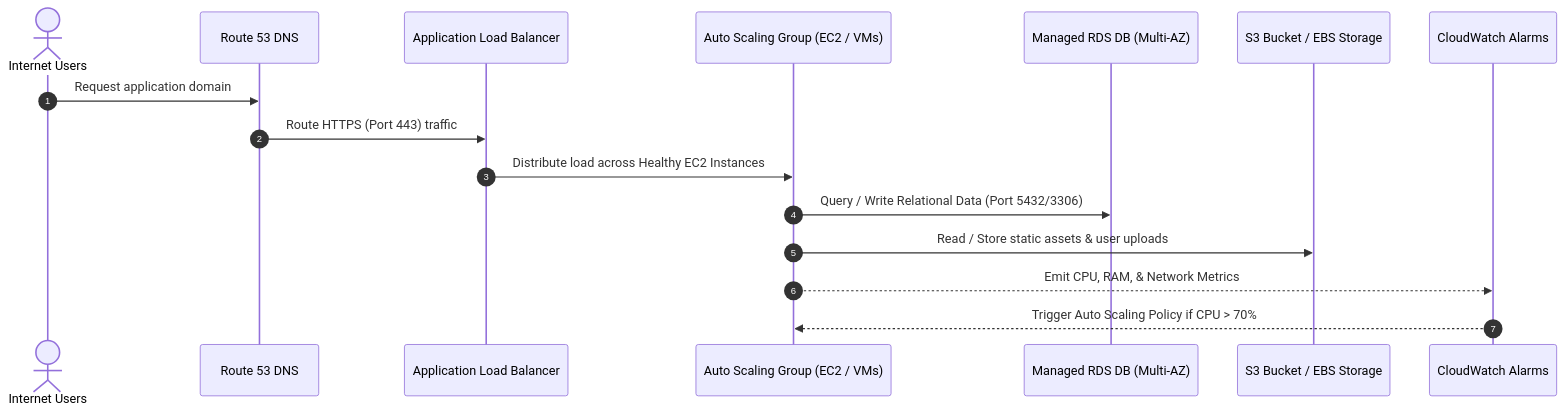
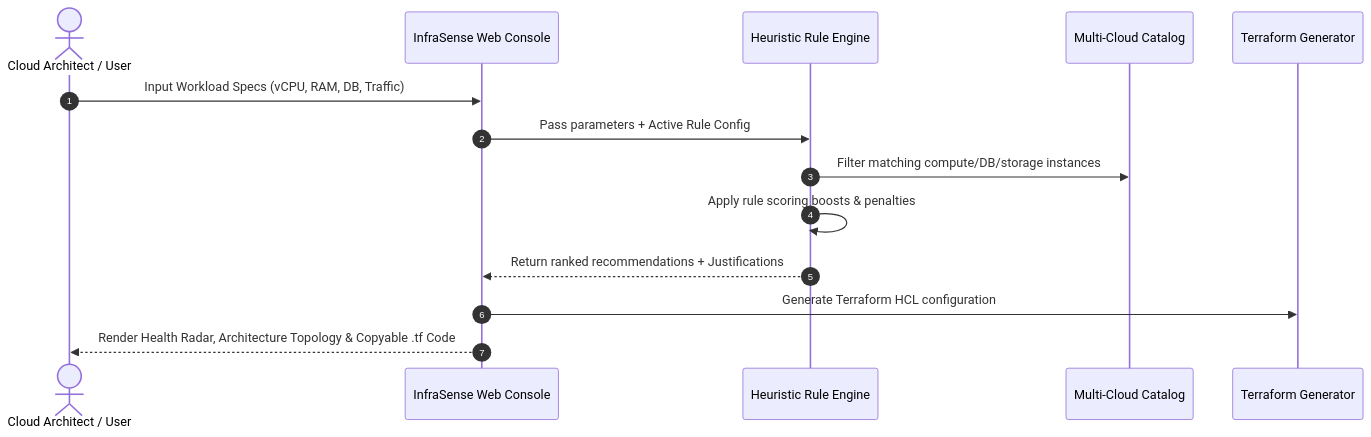
One commit to Ismail-dcode/InfraSense changed the second of 2 diagrams in README.md. Above: the diagram before and after it, drawn with Mermaid. The commit also changed other lines of this file, not shown here.

````diff
--- a/README.md
+++ b/README.md
@@ -171,19 +167,17 @@
 ```mermaid
 sequenceDiagram
     autonumber
-    actor User as Internet Users
-    participant DNS as Route 53 DNS
-    participant ALB as Application Load Balancer
-    participant ASG as Auto Scaling Group (EC2 / VMs)
-    participant DB as Managed RDS DB (Multi-AZ)
-    participant S3 as S3 Bucket / EBS Storage
-    participant CW as CloudWatch Alarms
+    actor Architect as Cloud Architect / User
+    participant App as InfraSense Web Console
+    participant Engine as Heuristic Rule Engine
+    participant Catalog as Multi-Cloud Catalog
+    participant IaC as Terraform Generator
 
-    User->>DNS: Request application domain
-    DNS->>ALB: Route HTTPS (Port 443) traffic
-    ALB->>ASG: Distribute load across Healthy EC2 Instances
-    ASG->>DB: Query / Write Relational Data (Port 5432/3306)
-    ASG->>S3: Read / Store static assets & user uploads
-    ASG-->>CW: Emit CPU, RAM, & Network Metrics
-    CW-->>ASG: Trigger Auto Scaling Policy if CPU > 70%
+    Architect->>App: Input Workload Specs (vCPU, RAM, DB, Traffic)
+    App->>Engine: Pass parameters + Active Rule Config
+    Engine->>Catalog: Filter matching compute/DB/storage instances
+    Engine->>Engine: Apply rule scoring boosts & penalties
+    Engine-->>App: Return ranked recommendations + Justifications
+    App->>IaC: Generate Terraform HCL configuration
+    App-->>Architect: Render Health Radar, Architecture Topology & Copyable .tf Code
 ```
````
